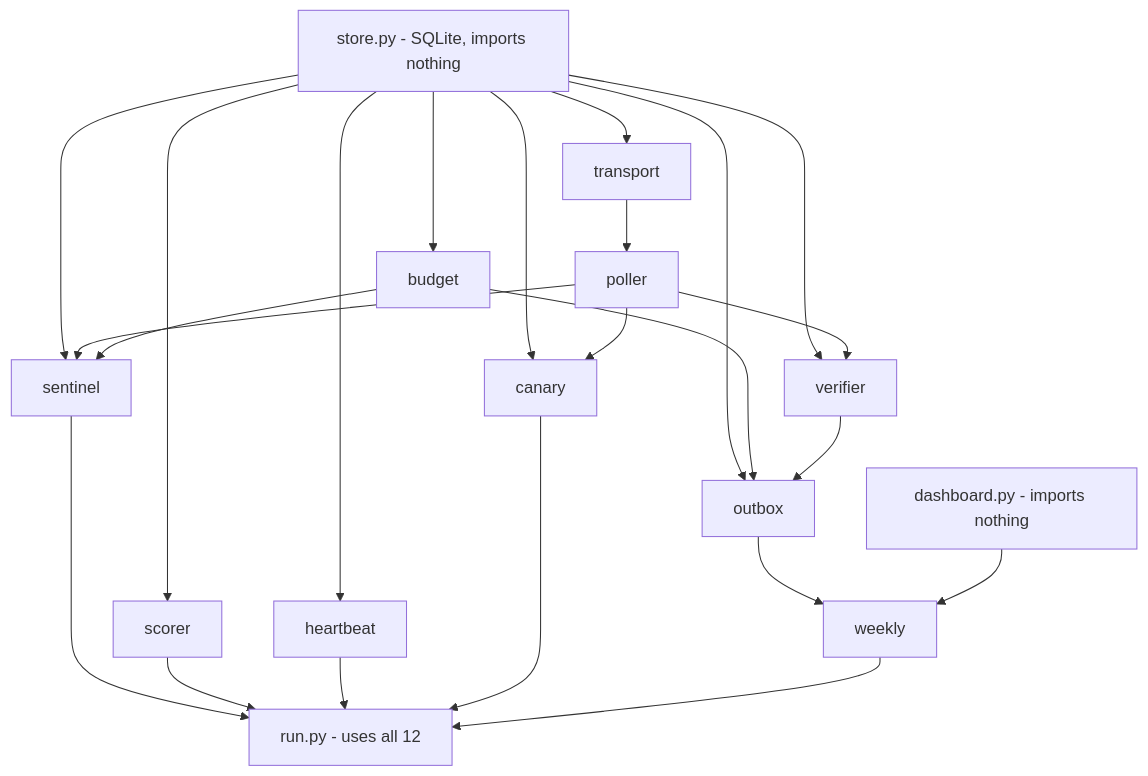
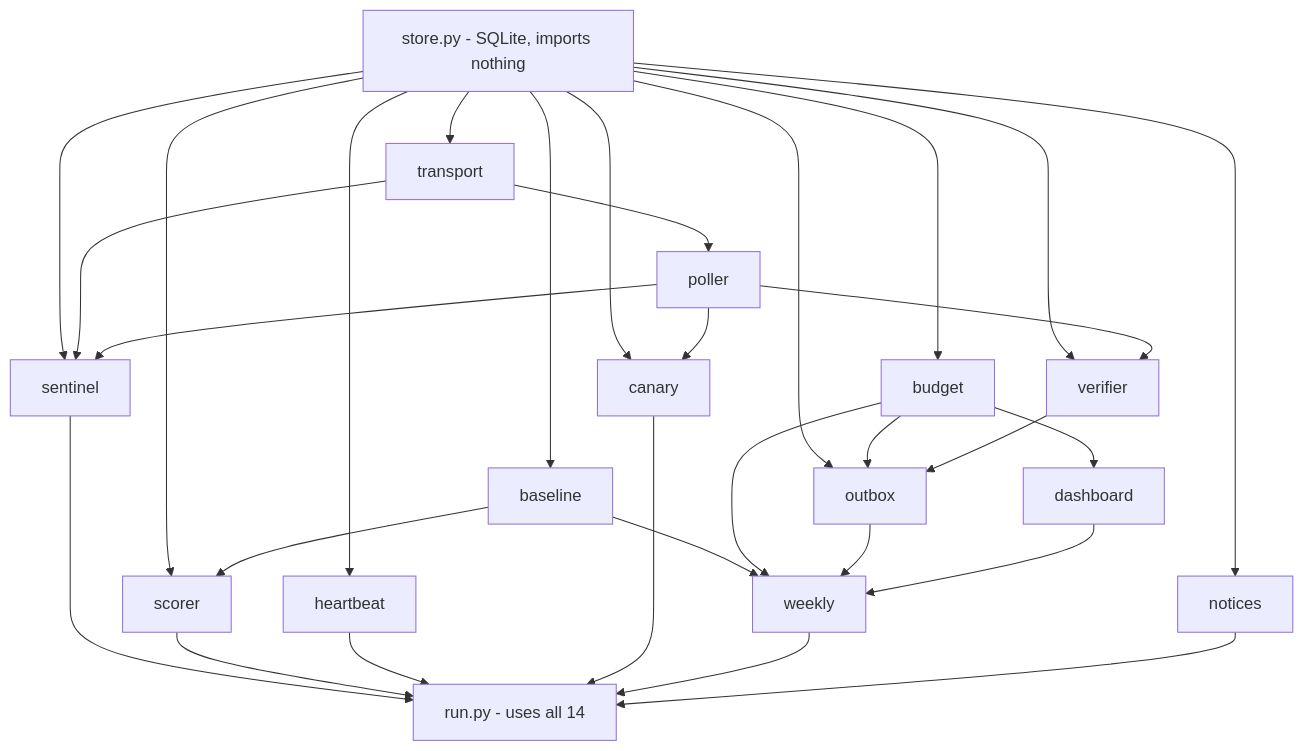
The diagram in README.md (yaozu789/flight-monitor-ops), drawn with Mermaid before and after one commit. The commit also changed other lines of this file and 3 other files, not shown here.

````diff
--- a/README.md
+++ b/README.md
@@ -15,12 +24,13 @@
 ```mermaid
 graph TD
-  store[store.py - SQLite, imports nothing] --> transport & budget & scorer & heartbeat
-  store --> sentinel & verifier & outbox & canary
-  transport --> poller
+  store[store.py - SQLite, imports nothing] --> transport & budget & scorer & heartbeat & baseline
+  store --> sentinel & verifier & outbox & canary & notices
+  transport --> poller & sentinel
   poller --> sentinel & verifier & canary
-  budget --> sentinel & outbox
+  baseline --> scorer & weekly
+  budget --> outbox & dashboard & weekly
   verifier --> outbox
   outbox --> weekly
-  dashboard[dashboard.py - imports nothing] --> weekly
-  sentinel & scorer & heartbeat & canary & weekly --> run[run.py - uses all 12]
+  dashboard --> weekly
+  sentinel & scorer & heartbeat & canary & weekly & notices --> run[run.py - uses all 14]
 ```
````
